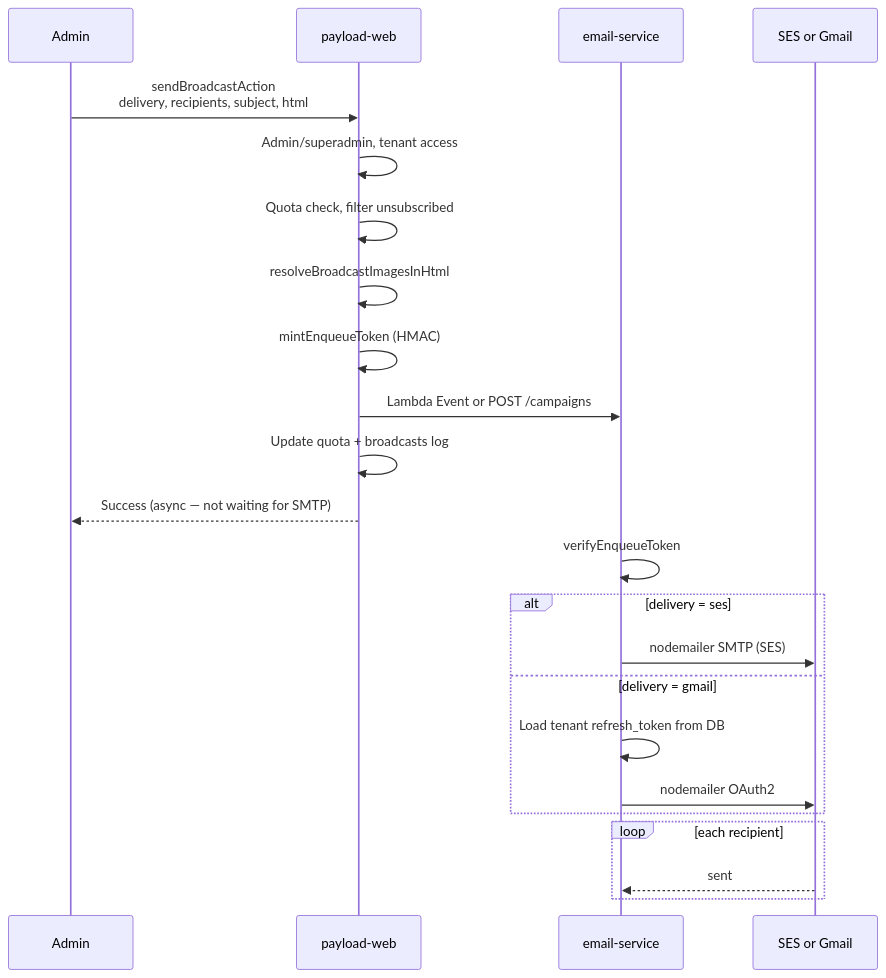
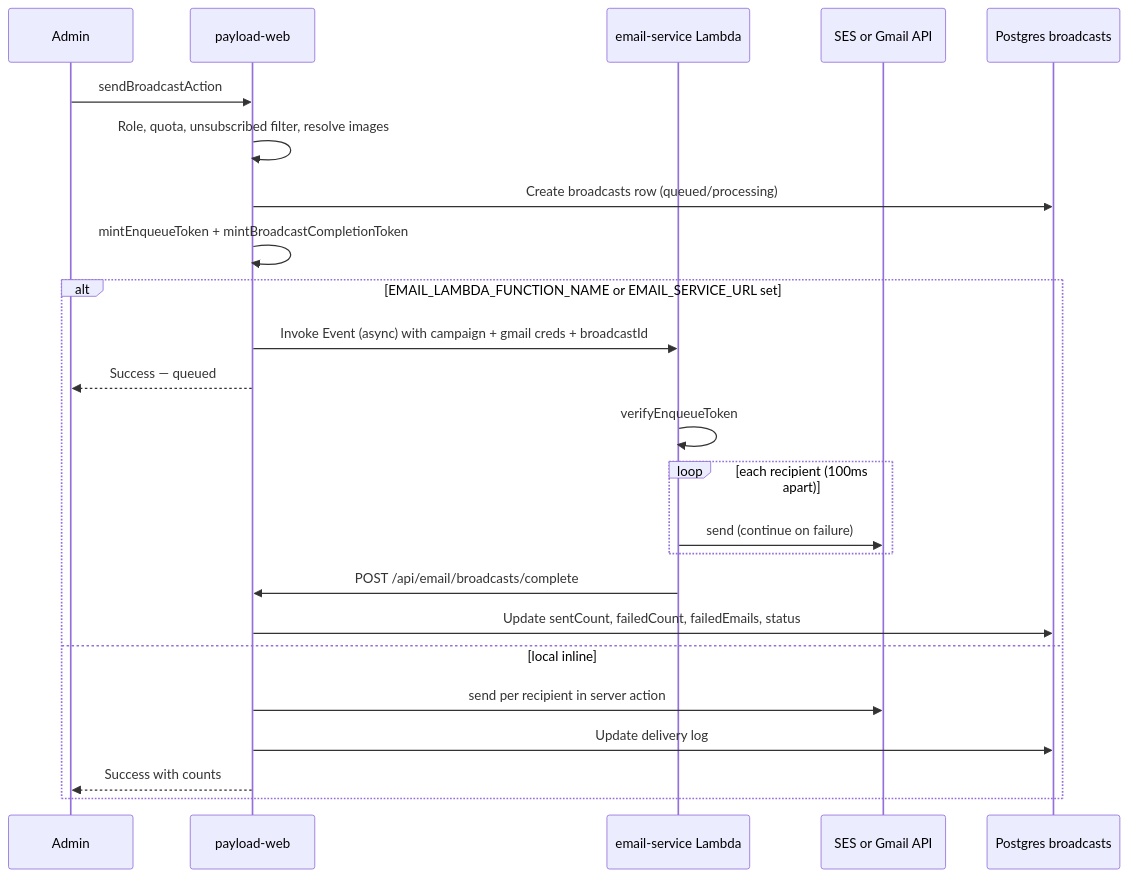
Before and after one commit to MyNeighborhod/blockvibe-monorepo: the fourth of 4 diagrams in apps/payload-web/docs/email/architecture.md, drawn with Mermaid. The commit also changed other lines of this file and 45 other files, not shown here.

````diff
--- a/apps/payload-web/docs/email/architecture.md
+++ b/apps/payload-web/docs/email/architecture.md
@@ -245,27 +252,28 @@
 ```mermaid
 sequenceDiagram
     participant Admin
     participant PW as payload-web
-    participant Worker as email-service
-    participant Transport as SES or Gmail
+    participant Worker as email-service Lambda
+    participant Transport as SES or Gmail API
+    participant DB as Postgres broadcasts
 
-    Admin->>PW: sendBroadcastAction<br/>delivery, recipients, subject, html
-    PW->>PW: Admin/superadmin, tenant access
-    PW->>PW: Quota check, filter unsubscribed
-    PW->>PW: resolveBroadcastImagesInHtml
-    PW->>PW: mintEnqueueToken (HMAC)
-    PW->>Worker: Lambda Event or POST /campaigns
-    PW->>PW: Update quota + broadcasts log
-    PW-->>Admin: Success (async — not waiting for SMTP)
+    Admin->>PW: sendBroadcastAction
+    PW->>PW: Role, quota, unsubscribed filter, resolve images
+    PW->>DB: Create broadcasts row (queued/processing)
+    PW->>PW: mintEnqueueToken + mintBroadcastCompletionToken
 
-    Worker->>Worker: verifyEnqueueToken
-    alt delivery = ses
-        Worker->>Transport: nodemailer SMTP (SES)
-    else delivery = gmail
-        Worker->>Worker: Load tenant refresh_token from DB
-        Worker->>Transport: nodemailer OAuth2
-    end
-    loop each recipient
-        Transport-->>Worker: sent
+    alt EMAIL_LAMBDA_FUNCTION_NAME or EMAIL_SERVICE_URL set
+        PW->>Worker: Invoke Event (async) with campaign + gmail creds + broadcastId
+        PW-->>Admin: Success — queued
+        Worker->>Worker: verifyEnqueueToken
+        loop each recipient (100ms apart)
+            Worker->>Transport: send (continue on failure)
+        end
+        Worker->>PW: POST /api/email/broadcasts/complete
+        PW->>DB: Update sentCount, failedCount, failedEmails, status
+    else local inline
+        PW->>Transport: send per recipient in server action
+        PW->>DB: Update delivery log
+        PW-->>Admin: Success with counts
     end
 ```
````
